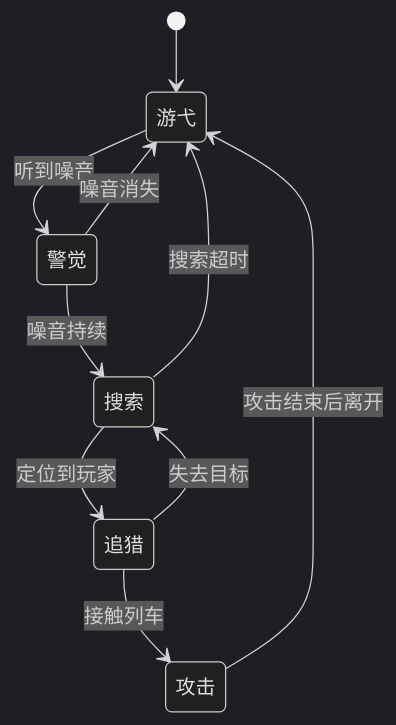
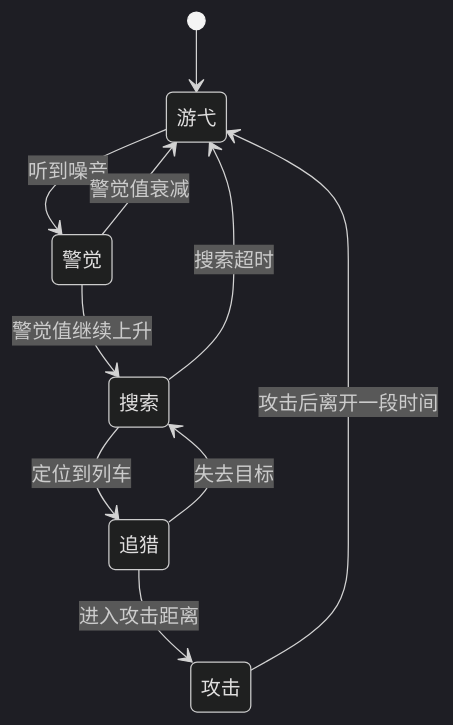
The second of 4 diagrams in docs/Fogline Driver v6.1.md (IronDumpling/fogline-driver), drawn with Mermaid (dark theme) before and after one commit. The commit also changed other lines of this file, not shown here.

````diff
--- a/docs/Fogline Driver v6.1.md
+++ b/docs/Fogline Driver v6.1.md
@@ -212,12 +366,12 @@
 ```mermaid
 stateDiagram-v2
     [*] --> 游弋
     游弋 --> 警觉: 听到噪音
-    警觉 --> 搜索: 噪音持续
-    警觉 --> 游弋: 噪音消失
-    搜索 --> 追猎: 定位到玩家
+    警觉 --> 搜索: 警觉值继续上升
+    警觉 --> 游弋: 警觉值衰减
+    搜索 --> 追猎: 定位到列车
     搜索 --> 游弋: 搜索超时
     追猎 --> 搜索: 失去目标
-    追猎 --> 攻击: 接触列车
-    攻击 --> 游弋: 攻击结束后离开
+    追猎 --> 攻击: 进入攻击距离
+    攻击 --> 游弋: 攻击后离开一段时间
 ```
````
